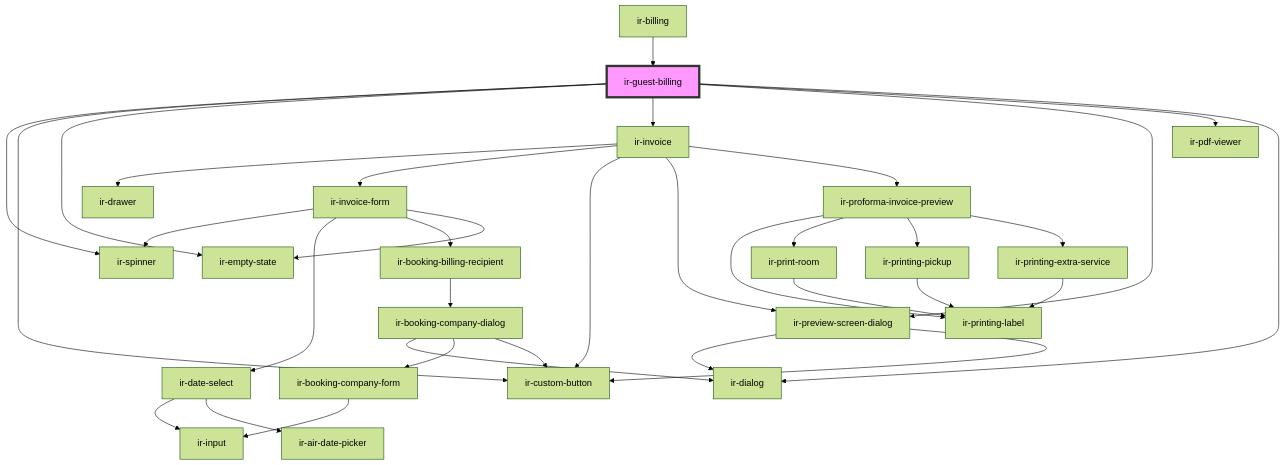
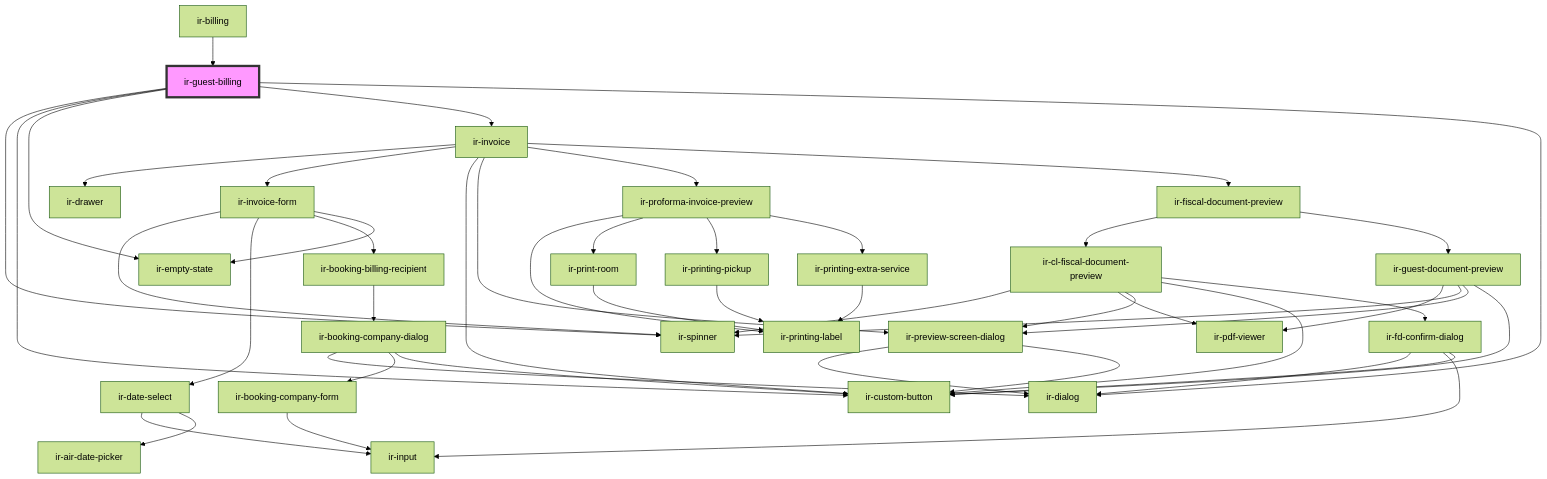
The diagram in src/components/ir-billing/ir-guest-billing/readme.md (RonyRizk/ir-webcmp), drawn with Mermaid (forest theme) before and after one commit. The commit also changed other lines of this file and 115 other files, not shown here.

````diff
--- a/src/components/ir-billing/ir-guest-billing/readme.md
+++ b/src/components/ir-billing/ir-guest-billing/readme.md
@@ -39,37 +38,50 @@
 ```mermaid
 graph TD;
   ir-guest-billing --> ir-spinner
   ir-guest-billing --> ir-custom-button
   ir-guest-billing --> ir-empty-state
   ir-guest-billing --> ir-invoice
-  ir-guest-billing --> ir-preview-screen-dialog
-  ir-guest-billing --> ir-pdf-viewer
   ir-guest-billing --> ir-dialog
   ir-invoice --> ir-drawer
   ir-invoice --> ir-invoice-form
   ir-invoice --> ir-custom-button
   ir-invoice --> ir-preview-screen-dialog
   ir-invoice --> ir-proforma-invoice-preview
+  ir-invoice --> ir-fiscal-document-preview
   ir-invoice-form --> ir-spinner
   ir-invoice-form --> ir-date-select
   ir-invoice-form --> ir-booking-billing-recipient
   ir-invoice-form --> ir-empty-state
   ir-date-select --> ir-input
   ir-date-select --> ir-air-date-picker
   ir-booking-billing-recipient --> ir-booking-company-dialog
   ir-booking-company-dialog --> ir-dialog
   ir-booking-company-dialog --> ir-booking-company-form
   ir-booking-company-dialog --> ir-custom-button
   ir-booking-company-form --> ir-input
   ir-preview-screen-dialog --> ir-dialog
   ir-preview-screen-dialog --> ir-custom-button
   ir-proforma-invoice-preview --> ir-printing-label
   ir-proforma-invoice-preview --> ir-print-room
   ir-proforma-invoice-preview --> ir-printing-pickup
   ir-proforma-invoice-preview --> ir-printing-extra-service
   ir-print-room --> ir-printing-label
   ir-printing-pickup --> ir-printing-label
   ir-printing-extra-service --> ir-printing-label
+  ir-fiscal-document-preview --> ir-cl-fiscal-document-preview
+  ir-fiscal-document-preview --> ir-guest-document-preview
+  ir-cl-fiscal-document-preview --> ir-spinner
+  ir-cl-fiscal-document-preview --> ir-pdf-viewer
+  ir-cl-fiscal-document-preview --> ir-preview-screen-dialog
+  ir-cl-fiscal-document-preview --> ir-custom-button
+  ir-cl-fiscal-document-preview --> ir-fd-confirm-dialog
+  ir-fd-confirm-dialog --> ir-dialog
+  ir-fd-confirm-dialog --> ir-input
+  ir-fd-confirm-dialog --> ir-custom-button
+  ir-guest-document-preview --> ir-pdf-viewer
+  ir-guest-document-preview --> ir-spinner
+  ir-guest-document-preview --> ir-preview-screen-dialog
+  ir-guest-document-preview --> ir-custom-button
   ir-billing --> ir-guest-billing
   style ir-guest-billing fill:#f9f,stroke:#333,stroke-width:4px
 ```
````
